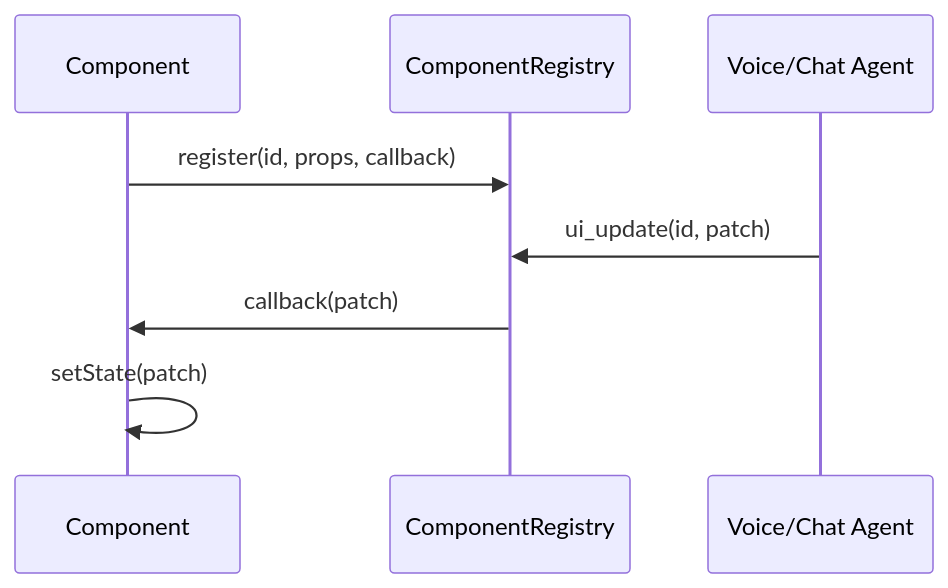
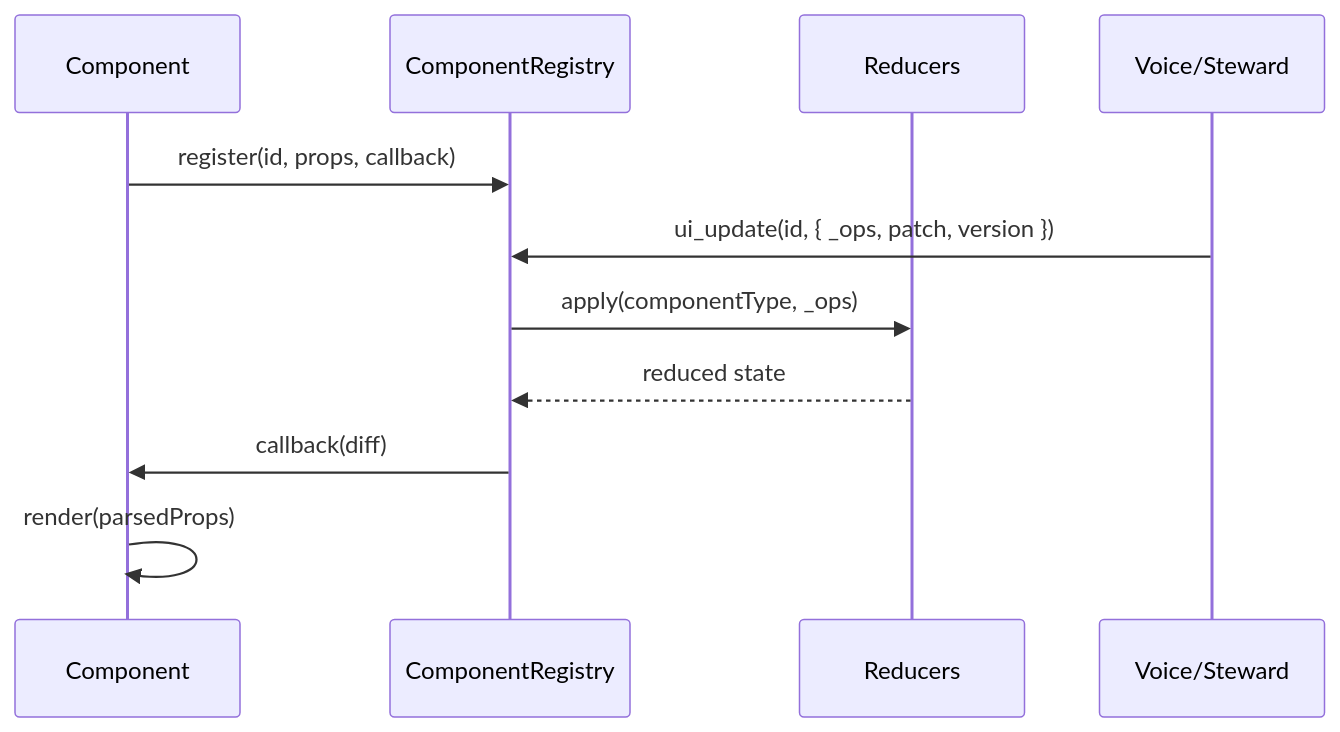
The diagram in docs/COMPONENT_SYSTEM.md (human-bee/PRESENT), drawn with Mermaid before and after one commit. The commit also changed other lines of this file and 19 other files, not shown here.

````diff
--- a/docs/COMPONENT_SYSTEM.md
+++ b/docs/COMPONENT_SYSTEM.md
@@ -24,11 +25,14 @@
 ```mermaid
 sequenceDiagram
     participant Comp as Component
     participant Reg as ComponentRegistry
-    participant AI as Voice/Chat Agent
+    participant Red as Reducers
+    participant Agent as Voice/Steward
 
     Comp->>Reg: register(id, props, callback)
-    AI->>Reg: ui_update(id, patch)
-    Reg->>Comp: callback(patch)
-    Comp->>Comp: setState(patch)
+    Agent->>Reg: ui_update(id, { _ops, patch, version })
+    Reg->>Red: apply(componentType, _ops)
+    Red-->>Reg: reduced state
+    Reg->>Comp: callback(diff)
+    Comp->>Comp: render(parsedProps)
 ```
````
